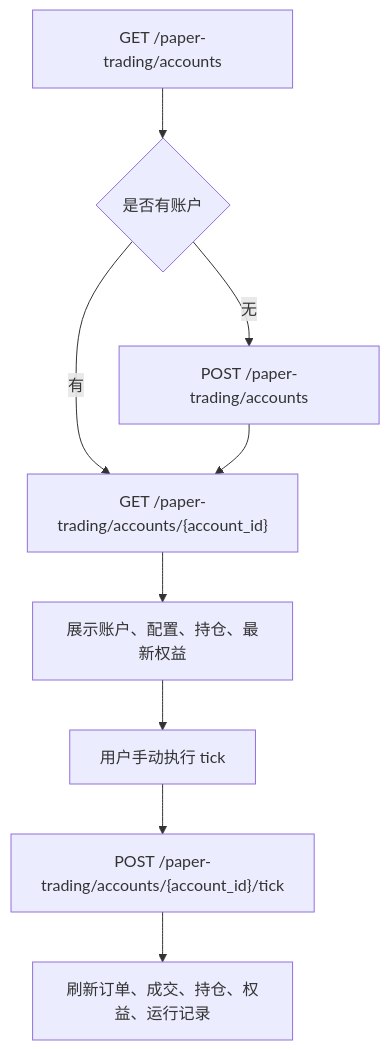
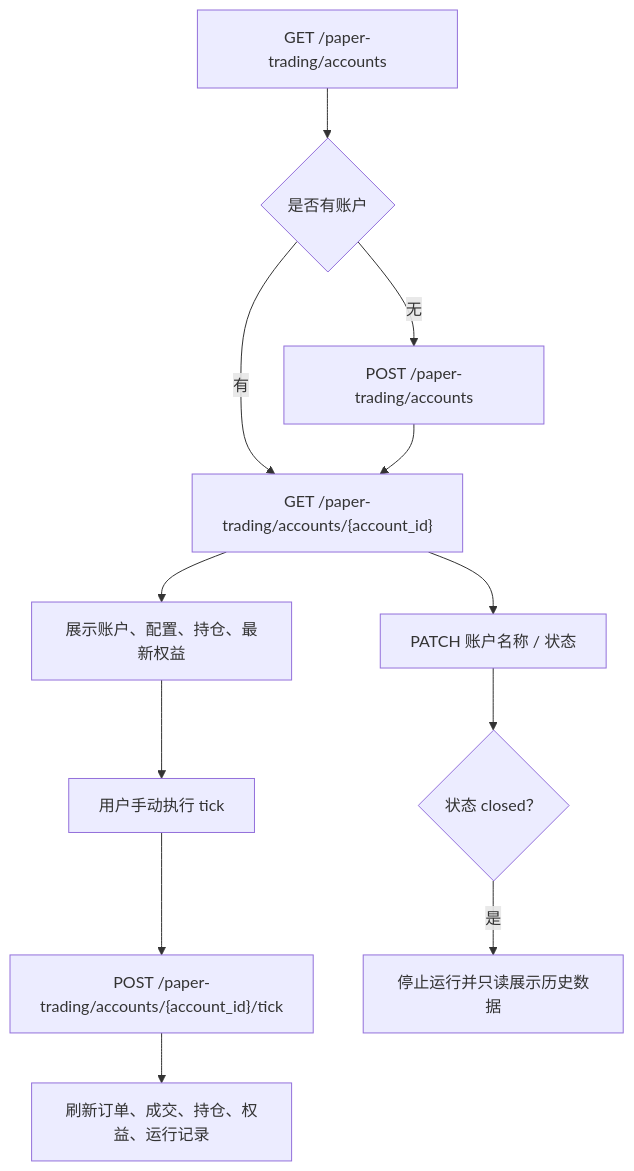
Before and after one commit to deleson/langgraph_commerce_stock_backend: the seventh of 7 diagrams in docs/前端对接指南.md, drawn with Mermaid. The commit also changed other lines of this file and 11 other files, not shown here.

````diff
--- a/docs/前端对接指南.md
+++ b/docs/前端对接指南.md
@@ -296,11 +297,14 @@
 ```mermaid
 flowchart TD
     A["GET /paper-trading/accounts"] --> B{"是否有账户"}
     B -->|无| C["POST /paper-trading/accounts"]
     B -->|有| D["GET /paper-trading/accounts/{account_id}"]
     C --> D
     D --> E["展示账户、配置、持仓、最新权益"]
     E --> F["用户手动执行 tick"]
     F --> G["POST /paper-trading/accounts/{account_id}/tick"]
     G --> H["刷新订单、成交、持仓、权益、运行记录"]
+    D --> I["PATCH 账户名称 / 状态"]
+    I --> J{"状态 closed？"}
+    J -->|是| K["停止运行并只读展示历史数据"]
 ```
````
